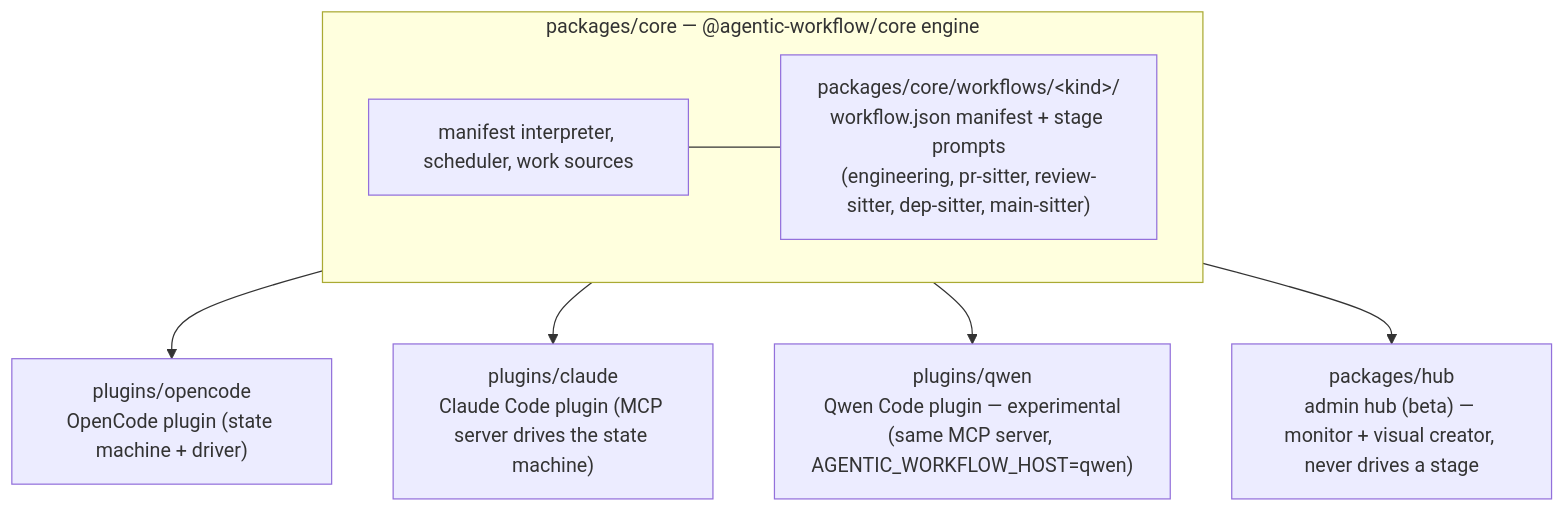
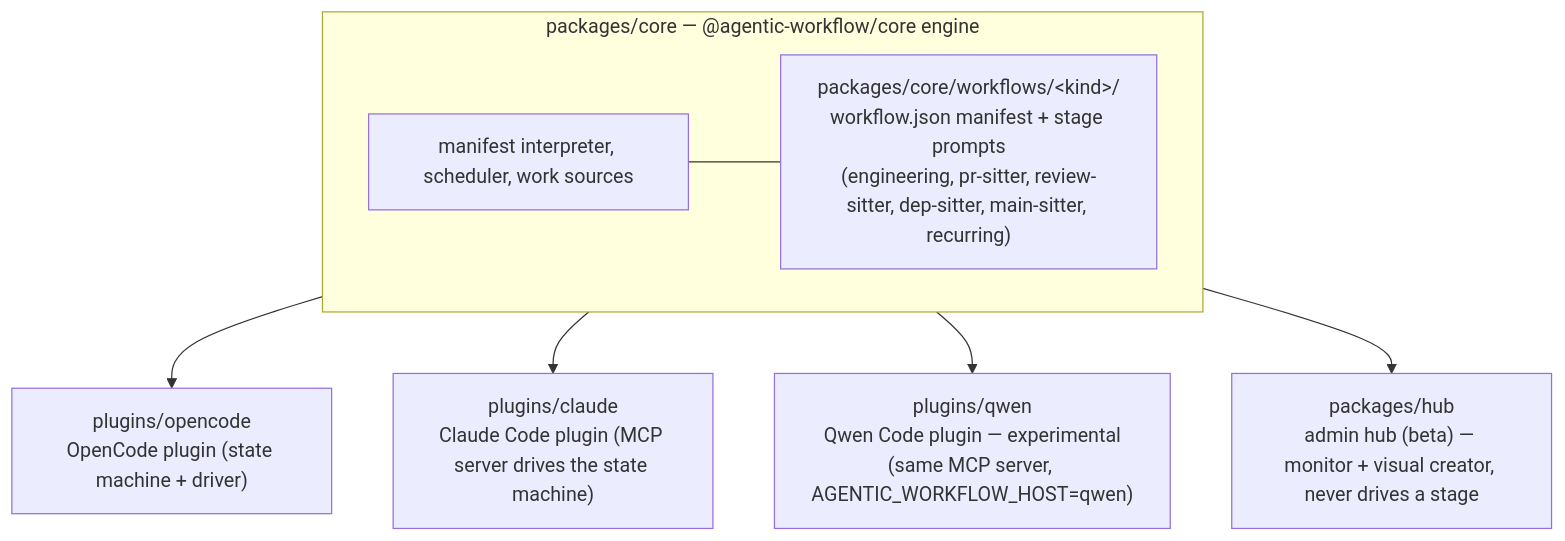
The second of 2 diagrams in AGENTS.md (yenchang265-afk/agentic-workflow), drawn with Mermaid before and after one commit. The commit also changed other lines of this file and 65 other files, not shown here.

````diff
--- a/AGENTS.md
+++ b/AGENTS.md
@@ -145,18 +156,18 @@
 ```mermaid
 flowchart TD
     subgraph Core["packages/core — @agentic-workflow/core engine"]
         Engine["manifest interpreter, scheduler, work sources"]
-        Workflows["packages/core/workflows/&lt;kind&gt;/<br/>workflow.json manifest + stage prompts<br/>(engineering, pr-sitter, review-sitter, dep-sitter, main-sitter)"]
+        Workflows["packages/core/workflows/&lt;kind&gt;/<br/>workflow.json manifest + stage prompts<br/>(engineering, pr-sitter, review-sitter, dep-sitter, main-sitter, recurring)"]
         Engine --- Workflows
     end
 
     OpenCode["plugins/opencode<br/>OpenCode plugin (state machine + driver)"]
     Claude["plugins/claude<br/>Claude Code plugin (MCP server drives the state machine)"]
     Qwen["plugins/qwen<br/>Qwen Code plugin — experimental<br/>(same MCP server, AGENTIC_WORKFLOW_HOST=qwen)"]
     Hub["packages/hub<br/>admin hub (beta) — monitor + visual creator, never drives a stage"]
 
     Core --> OpenCode
     Core --> Claude
     Core --> Qwen
     Core --> Hub
 ```
````
